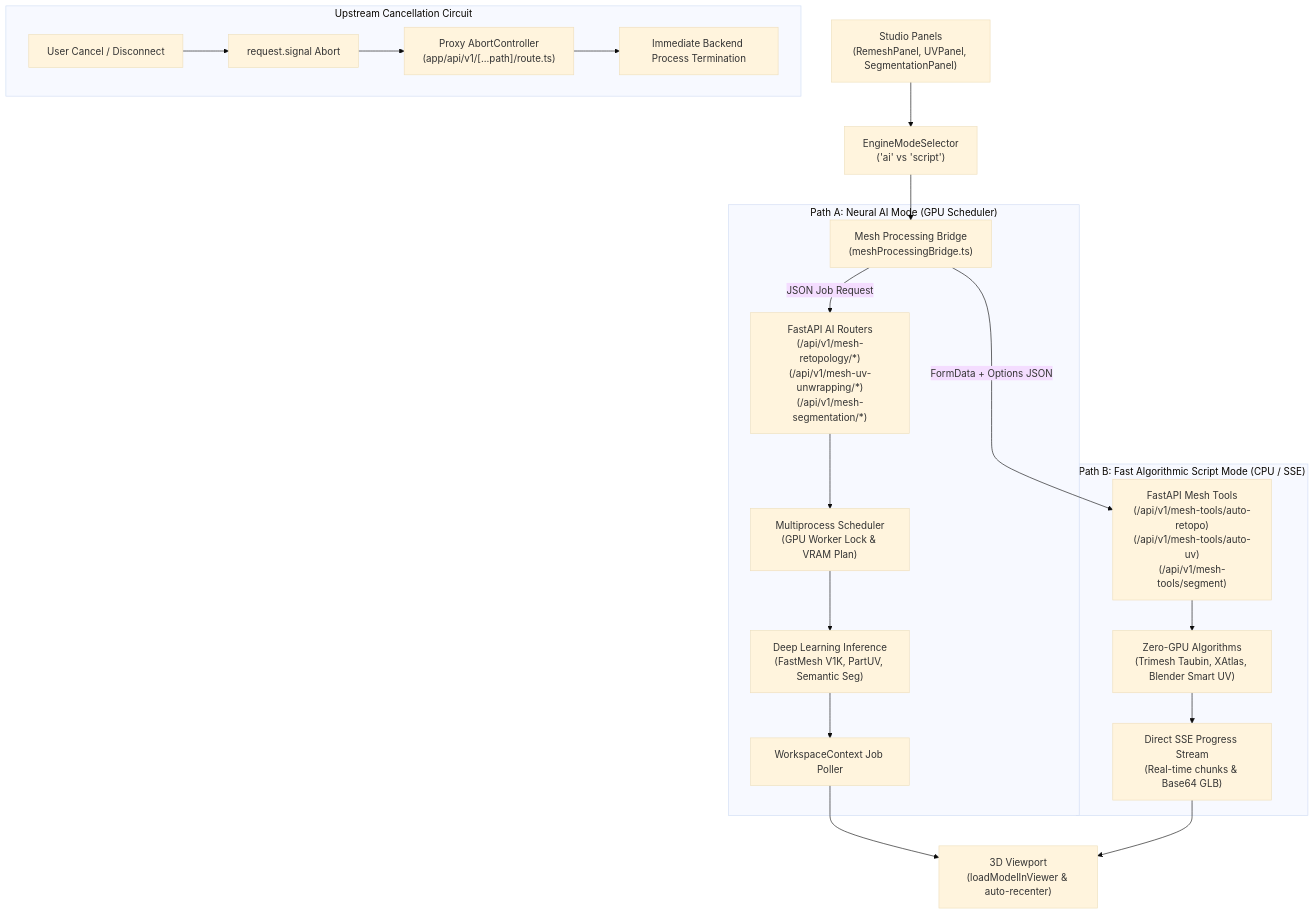
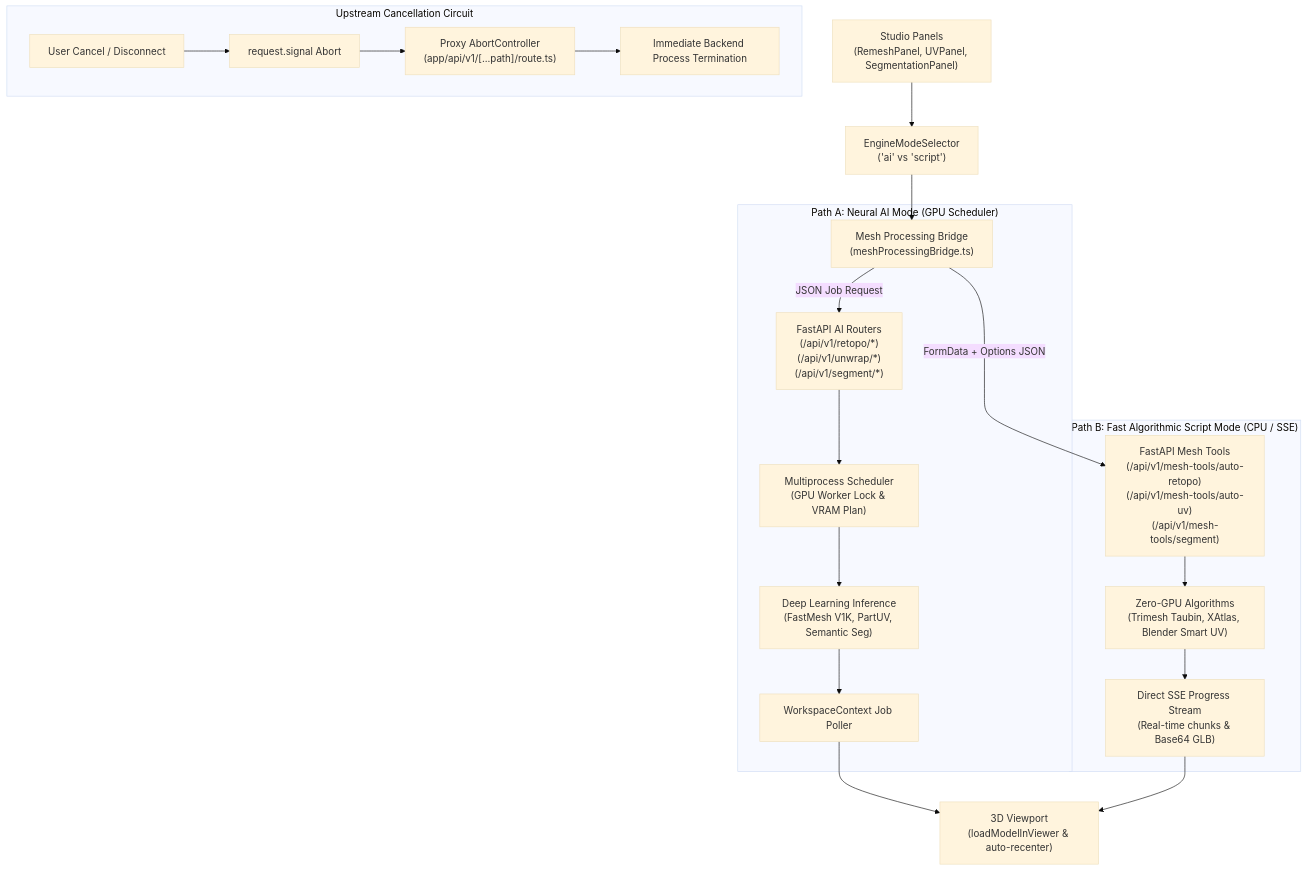
One commit to Silentzx2/ForMesh3D changed the seventh of 7 diagrams in Docs/ARCHITECTURE.md. Above: the diagram before and after it, drawn with Mermaid (base theme). The commit also changed other lines of this file and 30 other files, not shown here.

Commit message:
feat(api): consolidate workspace endpoints and remove legacy mesh editing

````diff
--- a/Docs/ARCHITECTURE.md
+++ b/Docs/ARCHITECTURE.md
@@ -946,27 +933,27 @@
 ```mermaid
 flowchart TD
     Panel["Studio Panels<br/>(RemeshPanel, UVPanel, SegmentationPanel)"] --> EngineSel["EngineModeSelector<br/>('ai' vs 'script')"]
     EngineSel --> Bridge["Mesh Processing Bridge<br/>(meshProcessingBridge.ts)"]
 
     subgraph AI Path ["Path A: Neural AI Mode (GPU Scheduler)"]
-        Bridge -->|JSON Job Request| FastAPIAI["FastAPI AI Routers<br/>(/api/v1/mesh-retopology/*)<br/>(/api/v1/mesh-uv-unwrapping/*)<br/>(/api/v1/mesh-segmentation/*)"]
+        Bridge -->|JSON Job Request| FastAPIAI["FastAPI AI Routers<br/>(/api/v1/retopo/*)<br/>(/api/v1/unwrap/*)<br/>(/api/v1/segment/*)"]
         FastAPIAI --> Scheduler["Multiprocess Scheduler<br/>(GPU Worker Lock & VRAM Plan)"]
         Scheduler --> AIModels["Deep Learning Inference<br/>(FastMesh V1K, PartUV, Semantic Seg)"]
         AIModels --> Poll["WorkspaceContext Job Poller"]
     end
 
     subgraph Script Path ["Path B: Fast Algorithmic Script Mode (CPU / SSE)"]
         Bridge -->|FormData + Options JSON| FastAPIScript["FastAPI Mesh Tools<br/>(/api/v1/mesh-tools/auto-retopo)<br/>(/api/v1/mesh-tools/auto-uv)<br/>(/api/v1/mesh-tools/segment)"]
         FastAPIScript --> Algorithmic["Zero-GPU Algorithms<br/>(Trimesh Taubin, XAtlas, Blender Smart UV)"]
         Algorithmic --> SSEStream["Direct SSE Progress Stream<br/>(Real-time chunks & Base64 GLB)"]
     end
 
     Poll --> Viewport["3D Viewport<br/>(loadModelInViewer & auto-recenter)"]
     SSEStream --> Viewport
 
     subgraph Abort System ["Upstream Cancellation Circuit"]
         ClientCancel["User Cancel / Disconnect"] --> AbortSig["request.signal Abort"]
         AbortSig --> ProxyAbort["Proxy AbortController<br/>(app/api/v1/[...path]/route.ts)"]
         ProxyAbort --> Halt["Immediate Backend Process Termination"]
     end
 ```
````
